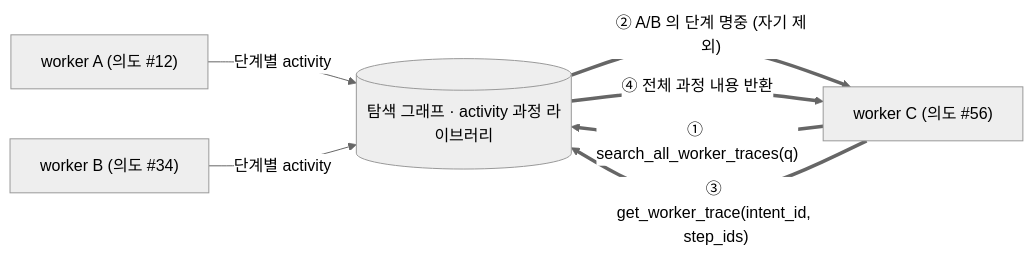
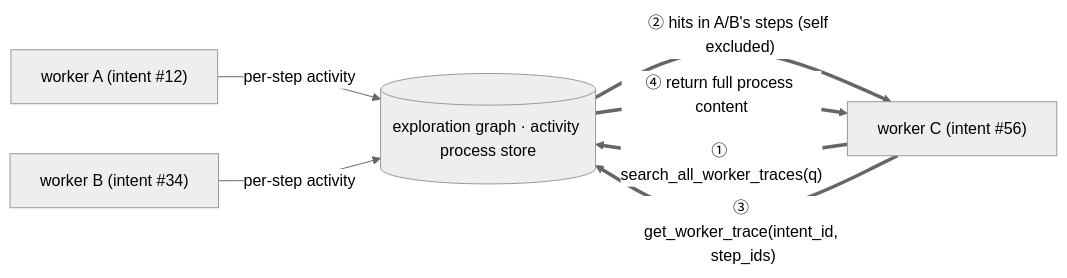
The fourth of 5 diagrams in README.md (gh-agent3/artex-global), drawn with Mermaid (neutral theme) before and after one commit. The commit also changed other lines of this file and 44 other files, not shown here.

````diff
--- a/README.md
+++ b/README.md
@@ -313,9 +307,9 @@
 ```mermaid
 flowchart LR
-  WA["worker A (의도 #12)"] -->|"단계별 activity"| ACT[("탐색 그래프 · activity 과정 라이브러리")]
-  WB["worker B (의도 #34)"] -->|"단계별 activity"| ACT
-  WC["worker C (의도 #56)"] ==>|"① search_all_worker_traces(q)"| ACT
-  ACT ==>|"② A/B 의 단계 명중 (자기 제외)"| WC
+  WA["worker A (intent #12)"] -->|"per-step activity"| ACT[("exploration graph · activity process store")]
+  WB["worker B (intent #34)"] -->|"per-step activity"| ACT
+  WC["worker C (intent #56)"] ==>|"① search_all_worker_traces(q)"| ACT
+  ACT ==>|"② hits in A/B's steps (self excluded)"| WC
   WC ==>|"③ get_worker_trace(intent_id, step_ids)"| ACT
-  ACT ==>|"④ 전체 과정 내용 반환"| WC
+  ACT ==>|"④ return full process content"| WC
 ```
````
